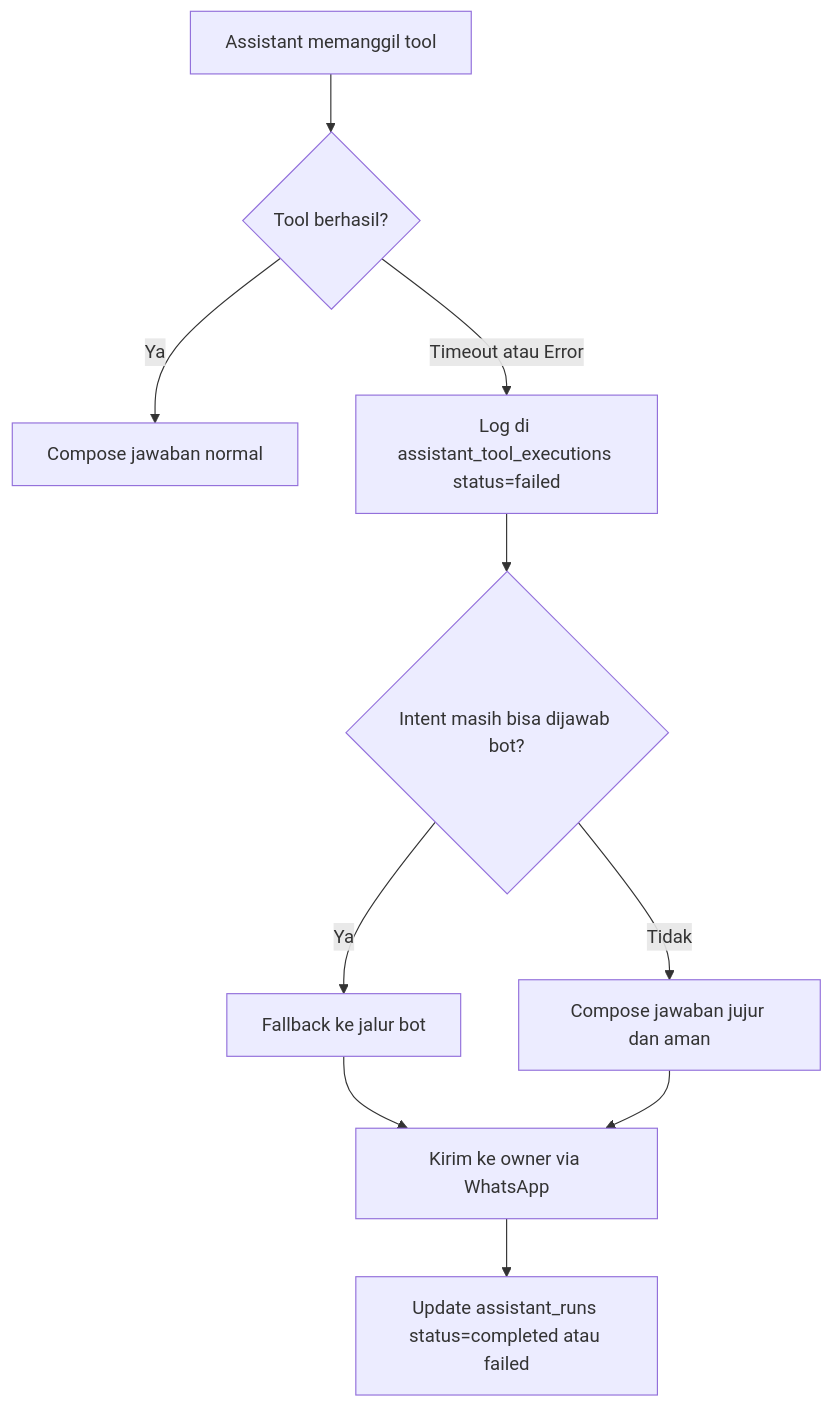
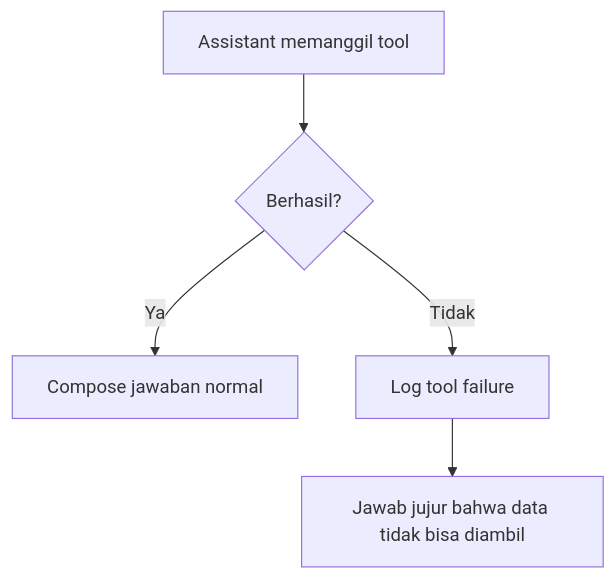
Before and after one commit to DimasPrasetio/mini-erp: the tenth of 11 diagrams in SYSTEM_FLOW.md, drawn with Mermaid. The commit also changed other lines of this file and 10 other files, not shown here.

````diff
--- a/SYSTEM_FLOW.md
+++ b/SYSTEM_FLOW.md
@@ -283,12 +230,7 @@
 ```mermaid
 flowchart TD
-    A[Assistant memanggil tool] --> B{Tool berhasil?}
+    A[Assistant memanggil tool] --> B{Berhasil?}
     B -->|Ya| C[Compose jawaban normal]
-    B -->|Timeout atau Error| D[Log di assistant_tool_executions status=failed]
-    D --> E{Intent masih bisa dijawab bot?}
-    E -->|Ya| F[Fallback ke jalur bot]
-    E -->|Tidak| G[Compose jawaban jujur dan aman]
-    F --> H[Kirim ke owner via WhatsApp]
-    G --> H
-    H --> I[Update assistant_runs status=completed atau failed]
+    B -->|Tidak| D[Log tool failure]
+    D --> E[Jawab jujur bahwa data tidak bisa diambil]
 ```
````
